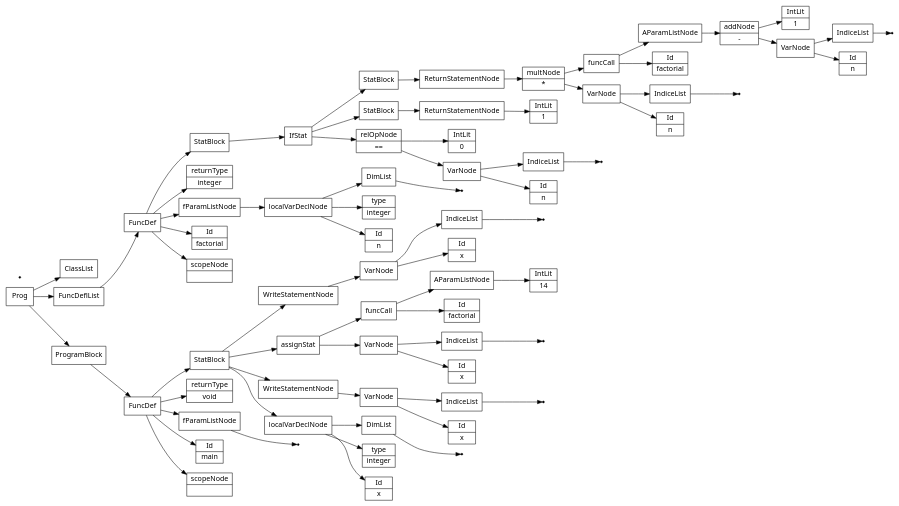
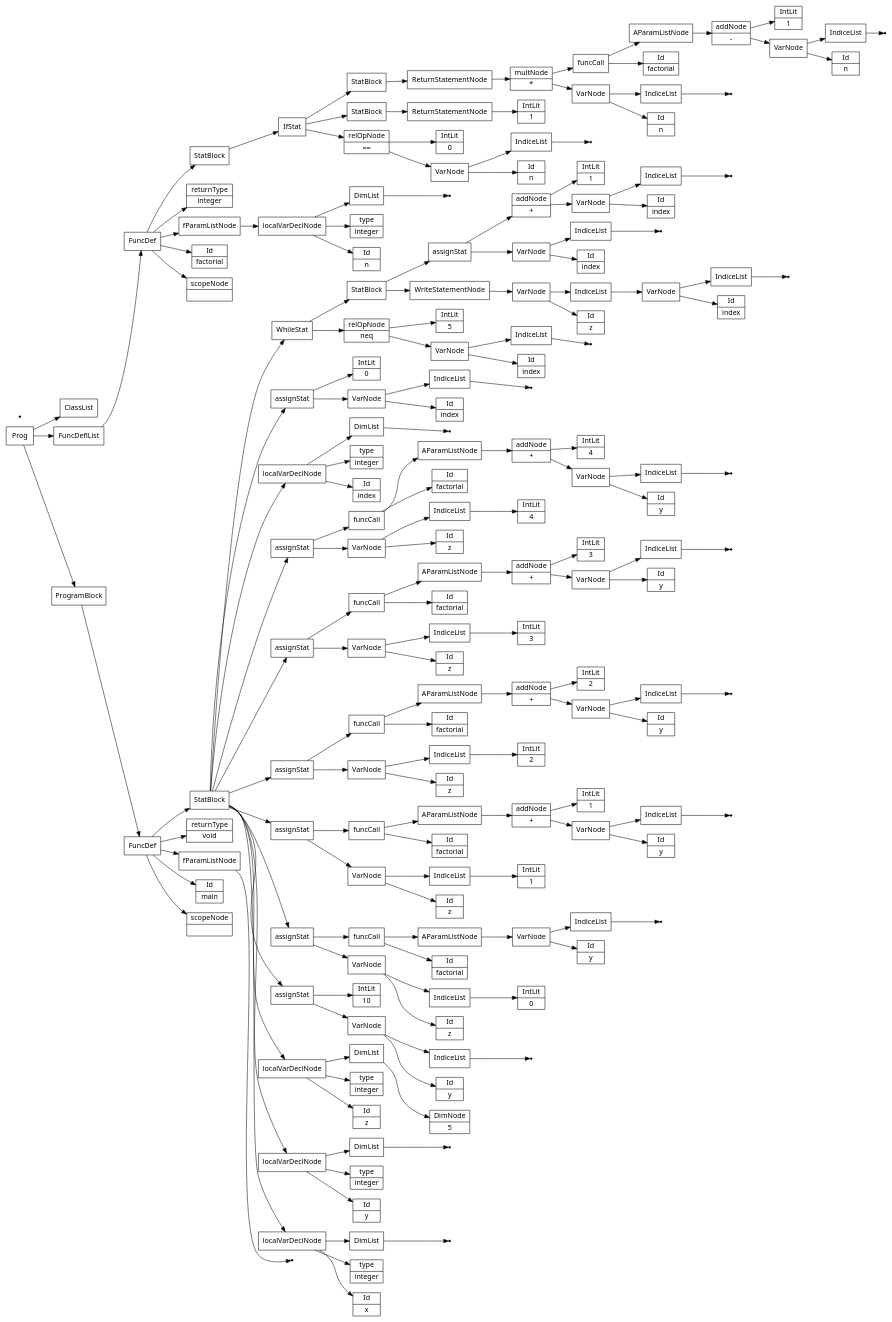
One commit to Saf1u/Kompiler changed the diagram in files/semantictests/wemove.src.ast.dot. Above: the diagram before and after it, drawn with Graphviz. The commit also changed 5 other files, not shown here.

```diff
--- a/files/semantictests/wemove.src.ast.dot
+++ b/files/semantictests/wemove.src.ast.dot
@@ -15,134 +15,340 @@
 12->11;
 12->8;
 12->7;
-13[label="Id|x"];
-none15[shape="point"];
-16[label="IndiceList"];
-16->none15;
-17[label="VarNode"];
-17->16;
-17->13;
-18[label="WriteStatementNode"];
+13[label="Id|y"];
+14[label="type|integer"];
+none16[shape="point"];
+17[label="DimList"];
+17->none16;
+18[label="localVarDeclNode"];
 18->17;
-19[label="Id|x"];
-none21[shape="point"];
-22[label="IndiceList"];
-22->none21;
-23[label="VarNode"];
+18->14;
+18->13;
+19[label="Id|z"];
+20[label="type|integer"];
+22[label="DimNode|5"];
+23[label="DimList"];
 23->22;
-23->19;
-24[label="Id|factorial"];
-26[label="IntLit|14"];
-27[label="AParamListNode"];
-27->26;
-28[label="funcCall"];
-28->27;
-28->24;
-29[label="assignStat"];
+24[label="localVarDeclNode"];
+24->23;
+24->20;
+24->19;
+25[label="Id|y"];
+none27[shape="point"];
+28[label="IndiceList"];
+28->none27;
+29[label="VarNode"];
 29->28;
-29->23;
-30[label="Id|x"];
-none32[shape="point"];
-33[label="IndiceList"];
-33->none32;
-34[label="VarNode"];
-34->33;
-34->30;
-35[label="WriteStatementNode"];
+29->25;
+30[label="IntLit|10"];
+31[label="assignStat"];
+31->30;
+31->29;
+32[label="Id|z"];
+34[label="IntLit|0"];
+35[label="IndiceList"];
 35->34;
-36[label="StatBlock"];
+36[label="VarNode"];
 36->35;
-36->29;
-36->18;
-36->12;
-37[label="FuncDef"];
+36->32;
+37[label="Id|factorial"];
+39[label="Id|y"];
+none41[shape="point"];
+42[label="IndiceList"];
+42->none41;
+43[label="VarNode"];
+43->42;
+43->39;
+44[label="AParamListNode"];
+44->43;
+45[label="funcCall"];
+45->44;
+45->37;
+46[label="assignStat"];
+46->45;
+46->36;
+47[label="Id|z"];
+49[label="IntLit|1"];
+50[label="IndiceList"];
+50->49;
+51[label="VarNode"];
+51->50;
+51->47;
+52[label="Id|factorial"];
+54[label="Id|y"];
+none56[shape="point"];
+57[label="IndiceList"];
+57->none56;
+58[label="VarNode"];
+58->57;
+58->54;
+59[label="addNode|+"];
+60[label="IntLit|1"];
+59->60;
+59->58;
+61[label="AParamListNode"];
+61->59;
+62[label="funcCall"];
+62->61;
+62->52;
+63[label="assignStat"];
+63->62;
+63->51;
+64[label="Id|z"];
+66[label="IntLit|2"];
+67[label="IndiceList"];
+67->66;
+68[label="VarNode"];
+68->67;
+68->64;
+69[label="Id|factorial"];
+71[label="Id|y"];
+none73[shape="point"];
+74[label="IndiceList"];
+74->none73;
+75[label="VarNode"];
+75->74;
+75->71;
+76[label="addNode|+"];
+77[label="IntLit|2"];
+76->77;
+76->75;
+78[label="AParamListNode"];
+78->76;
+79[label="funcCall"];
+79->78;
+79->69;
+80[label="assignStat"];
+80->79;
+80->68;
+81[label="Id|z"];
+83[label="IntLit|3"];
+84[label="IndiceList"];
+84->83;
+85[label="VarNode"];
+85->84;
+85->81;
+86[label="Id|factorial"];
+88[label="Id|y"];
+none90[shape="point"];
+91[label="IndiceList"];
+91->none90;
+92[label="VarNode"];
+92->91;
+92->88;
+93[label="addNode|+"];
+94[label="IntLit|3"];
+93->94;
+93->92;
+95[label="AParamListNode"];
+95->93;
+96[label="funcCall"];
+96->95;
+96->86;
+97[label="assignStat"];
+97->96;
+97->85;
+98[label="Id|z"];
+100[label="IntLit|4"];
+101[label="IndiceList"];
+101->100;
+102[label="VarNode"];
+102->101;
+102->98;
+103[label="Id|factorial"];
+105[label="Id|y"];
+none107[shape="point"];
+108[label="IndiceList"];
+108->none107;
+109[label="VarNode"];
+109->108;
+109->105;
+110[label="addNode|+"];
+111[label="IntLit|4"];
+110->111;
+110->109;
+112[label="AParamListNode"];
+112->110;
+113[label="funcCall"];
+113->112;
+113->103;
+114[label="assignStat"];
+114->113;
+114->102;
+115[label="Id|index"];
+116[label="type|integer"];
+none118[shape="point"];
+119[label="DimList"];
+119->none118;
+120[label="localVarDeclNode"];
+120->119;
+120->116;
+120->115;
+121[label="Id|index"];
+none123[shape="point"];
+124[label="IndiceList"];
+124->none123;
+125[label="VarNode"];
+125->124;
+125->121;
+126[label="IntLit|0"];
+127[label="assignStat"];
+127->126;
+127->125;
+128[label="Id|index"];
+none130[shape="point"];
+131[label="IndiceList"];
+131->none130;
+132[label="VarNode"];
+132->131;
+132->128;
+133[label="relOpNode|neq"];
+134[label="IntLit|5"];
+133->134;
+133->132;
+136[label="Id|z"];
+138[label="Id|index"];
+none140[shape="point"];
+141[label="IndiceList"];
+141->none140;
+142[label="VarNode"];
+142->141;
+142->138;
+143[label="IndiceList"];
+143->142;
+144[label="VarNode"];
+144->143;
+144->136;
+145[label="WriteStatementNode"];
+145->144;
+146[label="Id|index"];
+none148[shape="point"];
+149[label="IndiceList"];
+149->none148;
+150[label="VarNode"];
+150->149;
+150->146;
+151[label="Id|index"];
+none153[shape="point"];
+154[label="IndiceList"];
+154->none153;
+155[label="VarNode"];
+155->154;
+155->151;
+156[label="addNode|+"];
+157[label="IntLit|1"];
+156->157;
+156->155;
+158[label="assignStat"];
+158->156;
+158->150;
+159[label="StatBlock"];
+159->158;
+159->145;
+160[label="WhileStat"];
+160->159;
+160->133;
+161[label="StatBlock"];
+161->160;
+161->127;
+161->120;
+161->114;
+161->97;
+161->80;
+161->63;
+161->46;
+161->31;
+161->24;
+161->18;
+161->12;
+162[label="FuncDef"];
 0[label="Id|main"];
-37->36;
-37->5;
-37->4;
-37->0;
-37->1;
-39[label="scopeNode| "];
-41[label="Id|n"];
-42[label="type|integer"];
-none44[shape="point"];
-45[label="DimList"];
-45->none44;
-46[label="localVarDeclNode"];
-46->45;
-46->42;
-46->41;
-47[label="fParamListNode"];
-47->46;
-48[label="returnType|integer"];
-50[label="Id|n"];
-none52[shape="point"];
-53[label="IndiceList"];
-53->none52;
-54[label="VarNode"];
-54->53;
-54->50;
-55[label="relOpNode|\=="];
-56[label="IntLit|0"];
-55->56;
-55->54;
-58[label="IntLit|1"];
-59[label="ReturnStatementNode"];
-59->58;
-60[label="StatBlock"];
-60->59;
-62[label="Id|n"];
-none64[shape="point"];
-65[label="IndiceList"];
-65->none64;
-66[label="VarNode"];
-66->65;
-66->62;
-67[label="multNode|*"];
-68[label="Id|factorial"];
-70[label="Id|n"];
-none72[shape="point"];
-73[label="IndiceList"];
-73->none72;
-74[label="VarNode"];
-74->73;
-74->70;
-75[label="addNode|-"];
-76[label="IntLit|1"];
-75->76;
-75->74;
-77[label="AParamListNode"];
-77->75;
-78[label="funcCall"];
-78->77;
-78->68;
-67->78;
-67->66;
-79[label="ReturnStatementNode"];
-79->67;
-80[label="StatBlock"];
-80->79;
-81[label="IfStat"];
-81->80;
-81->60;
-81->55;
-82[label="StatBlock"];
-82->81;
-83[label="FuncDef"];
-38[label="Id|factorial"];
-83->82;
-83->48;
-83->47;
-83->38;
-83->39;
-84[label="ClassList"];
-85[label="FuncDeflList"];
-86[label="Prog"];
-87[label="ProgramBlock"];
-85->83;
-87->37;
-none88[shape="point"];
-86->84;
-86->85;
-86->87;
+162->161;
+162->5;
+162->4;
+162->0;
+162->1;
+164[label="scopeNode| "];
+166[label="Id|n"];
+167[label="type|integer"];
+none169[shape="point"];
+170[label="DimList"];
+170->none169;
+171[label="localVarDeclNode"];
+171->170;
+171->167;
+171->166;
+172[label="fParamListNode"];
+172->171;
+173[label="returnType|integer"];
+175[label="Id|n"];
+none177[shape="point"];
+178[label="IndiceList"];
+178->none177;
+179[label="VarNode"];
+179->178;
+179->175;
+180[label="relOpNode|\=="];
+181[label="IntLit|0"];
+180->181;
+180->179;
+183[label="IntLit|1"];
+184[label="ReturnStatementNode"];
+184->183;
+185[label="StatBlock"];
+185->184;
+187[label="Id|n"];
+none189[shape="point"];
+190[label="IndiceList"];
+190->none189;
+191[label="VarNode"];
+191->190;
+191->187;
+192[label="multNode|*"];
+193[label="Id|factorial"];
+195[label="Id|n"];
+none197[shape="point"];
+198[label="IndiceList"];
+198->none197;
+199[label="VarNode"];
+199->198;
+199->195;
+200[label="addNode|-"];
+201[label="IntLit|1"];
+200->201;
+200->199;
+202[label="AParamListNode"];
+202->200;
+203[label="funcCall"];
+203->202;
+203->193;
+192->203;
+192->191;
+204[label="ReturnStatementNode"];
+204->192;
+205[label="StatBlock"];
+205->204;
+206[label="IfStat"];
+206->205;
+206->185;
+206->180;
+207[label="StatBlock"];
+207->206;
+208[label="FuncDef"];
+163[label="Id|factorial"];
+208->207;
+208->173;
+208->172;
+208->163;
+208->164;
+209[label="ClassList"];
+210[label="FuncDeflList"];
+211[label="Prog"];
+212[label="ProgramBlock"];
+210->208;
+212->162;
+none213[shape="point"];
+211->209;
+211->210;
+211->212;
 }
```
